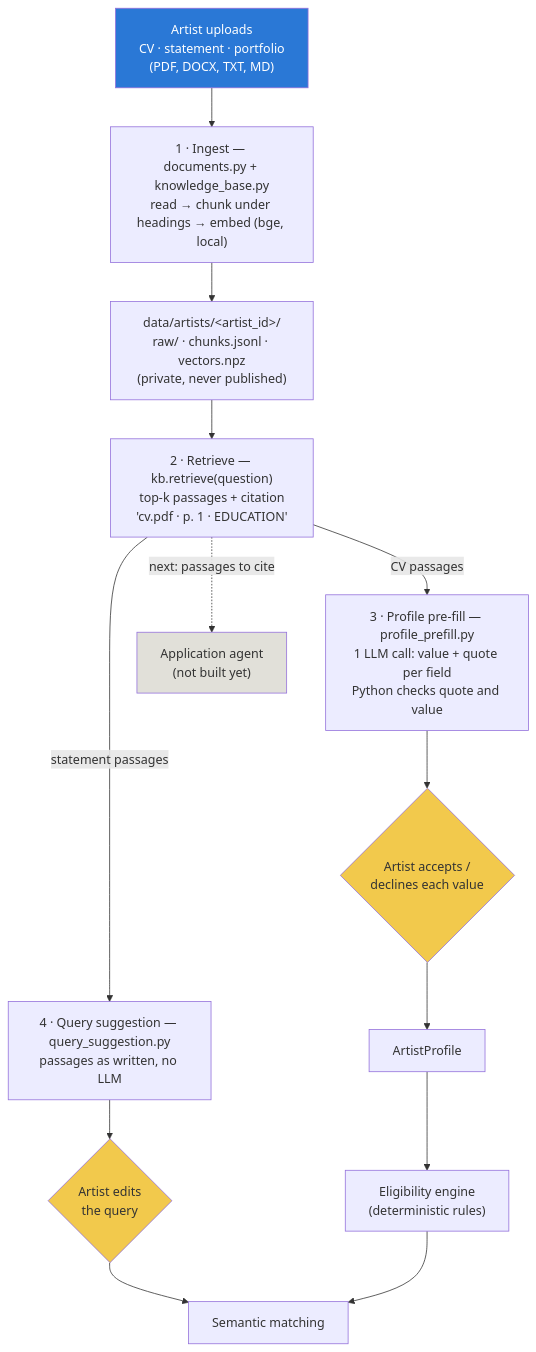
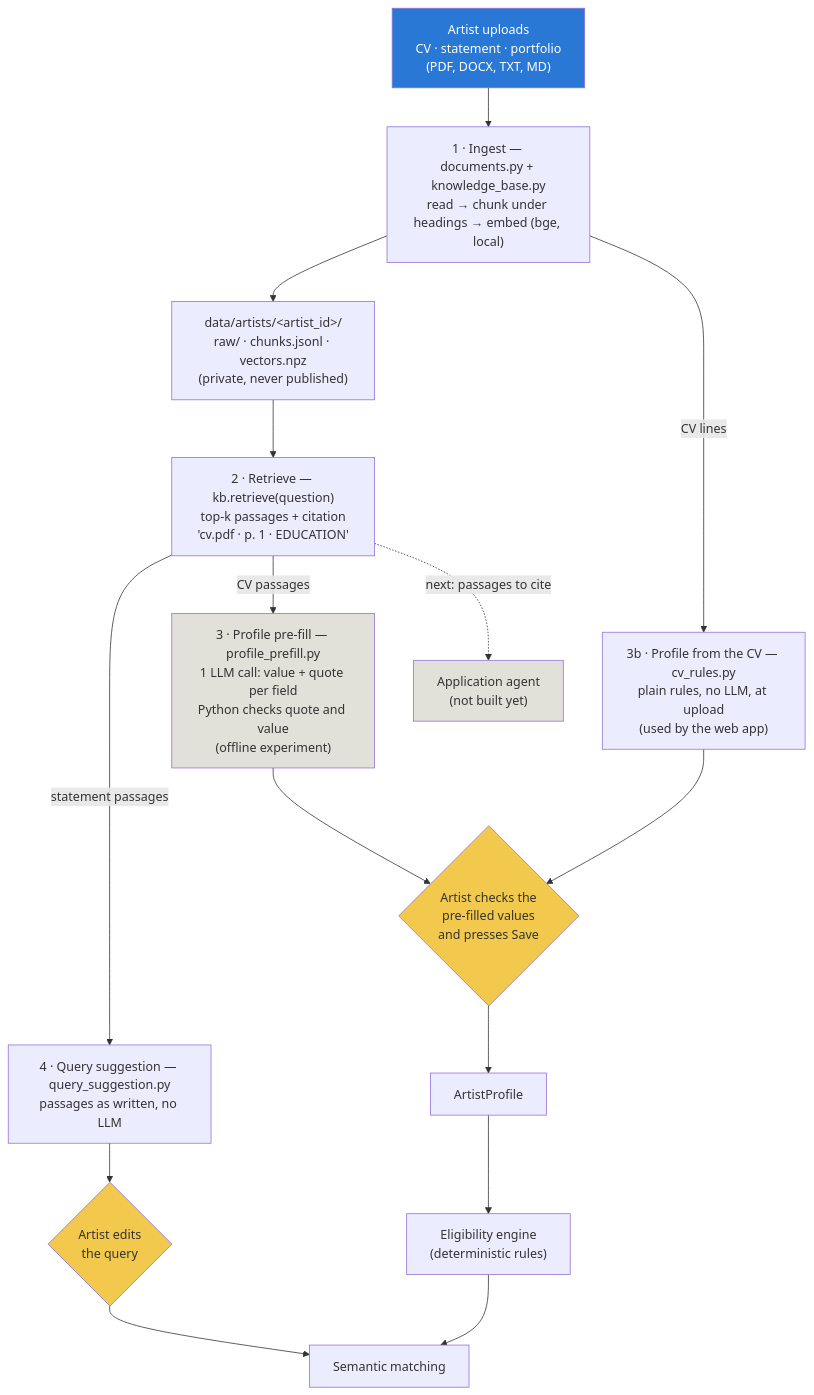
The fourth of 8 diagrams in flows.md (Lucaisok/open_art), drawn with Mermaid before and after one commit. The commit also changed other lines of this file and 45 other files, not shown here.

````diff
--- a/flows.md
+++ b/flows.md
@@ -428,27 +434,30 @@
 ```mermaid
 flowchart TD
     UP["Artist uploads\nCV · statement · portfolio\n(PDF, DOCX, TXT, MD)"]
 
     UP --> ING["1 · Ingest — documents.py + knowledge_base.py\nread → chunk under headings → embed (bge, local)"]
     ING --> KB["data/artists/&lt;artist_id&gt;/\nraw/ · chunks.jsonl · vectors.npz\n(private, never published)"]
 
     KB --> RET["2 · Retrieve — kb.retrieve(question)\ntop-k passages + citation\n'cv.pdf · p. 1 · EDUCATION'"]
 
-    RET -- "CV passages" --> PRE["3 · Profile pre-fill — profile_prefill.py\n1 LLM call: value + quote per field\nPython checks quote and value"]
+    RET -- "CV passages" --> PRE["3 · Profile pre-fill — profile_prefill.py\n1 LLM call: value + quote per field\nPython checks quote and value\n(offline experiment)"]
+    ING -- "CV lines" --> RULES["3b · Profile from the CV — cv_rules.py\nplain rules, no LLM, at upload\n(used by the web app)"]
     RET -- "statement passages" --> QRY["4 · Query suggestion — query_suggestion.py\npassages as written, no LLM"]
 
-    PRE --> REV1{"Artist accepts /\ndeclines each value"}
+    PRE --> REV1{"Artist checks the\npre-filled values\nand presses Save"}
+    RULES --> REV1
     REV1 --> PROF["ArtistProfile"]
     QRY --> REV2{"Artist edits\nthe query"}
 
     PROF --> ENG["Eligibility engine\n(deterministic rules)"]
     REV2 --> MATCH["Semantic matching"]
     ENG --> MATCH
 
     RET -. "next: passages to cite" .-> AGENT["Application agent\n(not built yet)"]
 
     style UP fill:#2a78d6,color:#fff
     style REV1 fill:#f2c94c,color:#333
     style REV2 fill:#f2c94c,color:#333
     style AGENT fill:#e1e0d9,color:#333
+    style PRE fill:#e1e0d9,color:#333
 ```
````
